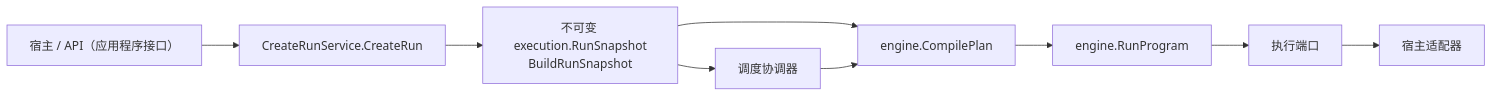
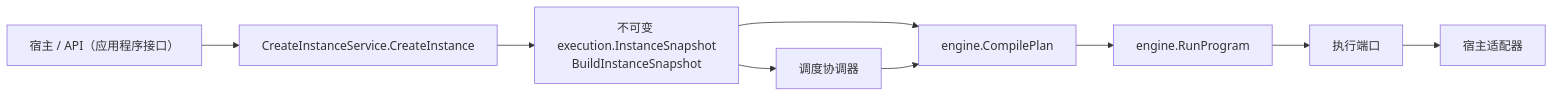
Before and after one commit to Capsule7446/healix-core: the diagram in docs/integration/public-contract.md, drawn with Mermaid. The commit also changed other lines of this file and 380 other files, not shown here.

````diff
--- a/docs/integration/public-contract.md
+++ b/docs/integration/public-contract.md
@@ -9,11 +9,11 @@
 ```mermaid
 flowchart LR
-  Host[宿主 / API（应用程序接口）] --> Create[CreateRunService.CreateRun]
-  Create --> Snapshot[不可变 execution.RunSnapshot<br/>BuildRunSnapshot]
+  Host[宿主 / API（应用程序接口）] --> Create[CreateInstanceService.CreateInstance]
+  Create --> Snapshot[不可变 execution.InstanceSnapshot<br/>BuildInstanceSnapshot]
   Snapshot --> Schedule[调度协调器]
   Snapshot --> Compile[engine.CompilePlan]
   Schedule --> Compile
   Compile --> Run[engine.RunProgram]
   Run --> Ports[执行端口]
   Ports --> Adapters[宿主适配器]
 ```
````
